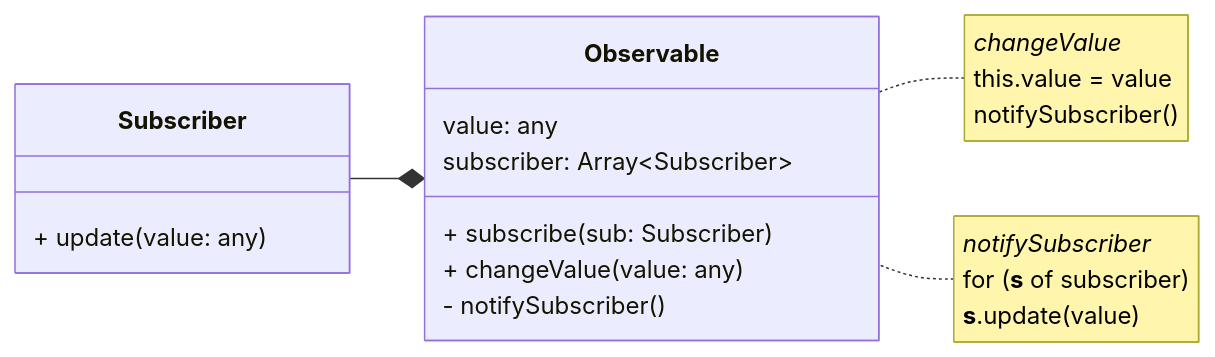
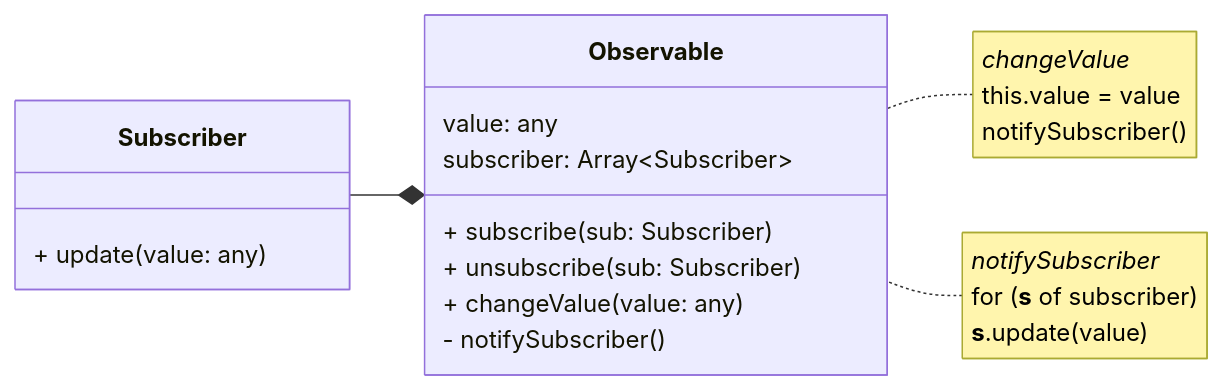
One commit to GarreltMock/signals-talk changed the diagram in pages/observer-pattern.md. Above: the diagram before and after it, drawn with Mermaid. The commit also changed other lines of this file and 11 other files, not shown here.

````diff
--- a/pages/observer-pattern.md
+++ b/pages/observer-pattern.md
@@ -26,27 +26,28 @@
 ```mermaid
 classDiagram
 
 direction RL
 
 note for Observable "*changeValue*
 this.value = value
 notifySubscriber()"
 
 note for Observable "*notifySubscriber*
 for (**s** of subscriber)
 **s**.update(value)"
 
 class Observable {
     value: any
     subscriber: Array~Subscriber~
     + subscribe(sub: Subscriber)
+    + unsubscribe(sub: Subscriber)
     + changeValue(value: any)
     - notifySubscriber()
 }
 
 class Subscriber {
     + update(value: any)
 }
 
 Observable *-- Subscriber
 ```
````
